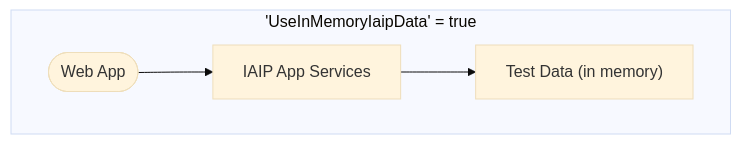
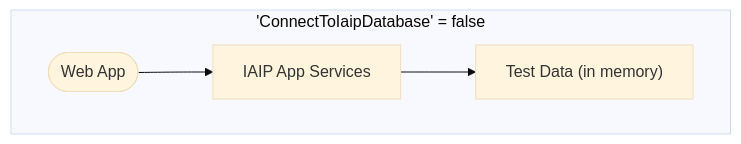
One commit to gaepdit/air-web changed the fourth of 5 diagrams in README.md. Above: the diagram before and after it, drawn with Mermaid (base theme). The commit also changed other lines of this file and 8 other files, not shown here.

Commit message:
Flip the IAIP database setting

````diff
--- a/README.md
+++ b/README.md
@@ -257,11 +257,11 @@
 ```mermaid
 flowchart LR
-    subgraph SPL["'UseInMemoryIaipData' = true"]
+    subgraph SPL["'ConnectToIaipDatabase' = false"]
         direction LR
         T["Test Data (in memory)"]
         A[IAIP App Services]
         W([Web App])
         W --> A
         A --> T
     end
 ```
````
